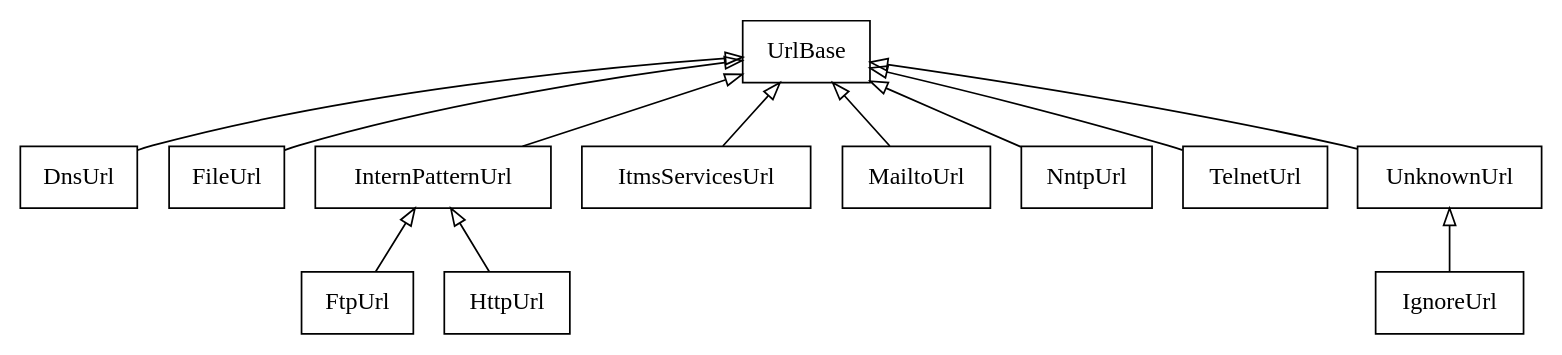
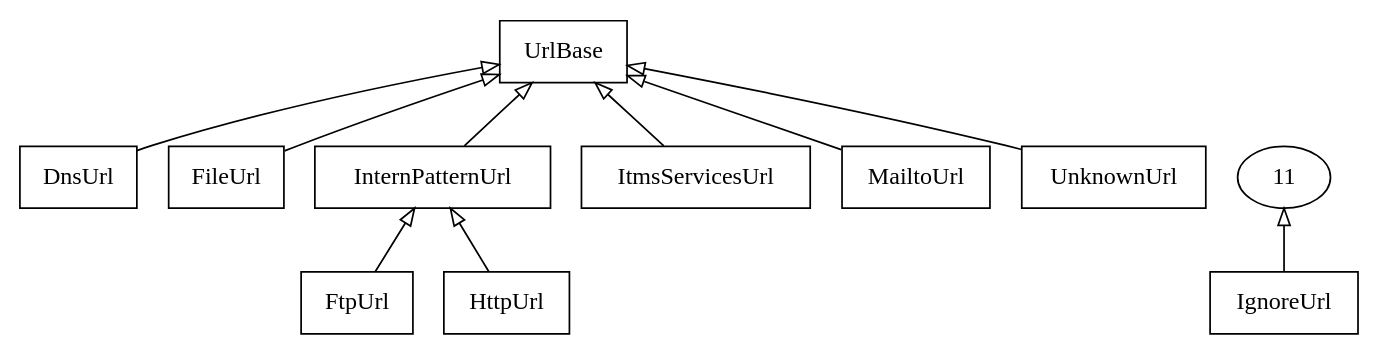
The diagram in doc/src/code/index.rst (linkchecker/linkchecker), drawn with Graphviz before and after one commit. The commit also changed 24 other files, not shown here.

First line of the commit message:
Remove support for nntp and telnet

```diff
--- a/doc/src/code/index.rst
+++ b/doc/src/code/index.rst
@@ -32,30 +32,26 @@
 .. graphviz::
    :alt: linkcheck.checker classes
 
    digraph "linkcheck.checker classes" {
    charset="utf-8"
    rankdir=BT
    "1" [label="DnsUrl", shape="record", href="../code/linkcheck/linkcheck.checker.dnsurl.html", target="_blank"];
    "2" [label="FileUrl", shape="record", href="../code/linkcheck/linkcheck.checker.fileurl.html", target="_blank"];
    "3" [label="FtpUrl", shape="record", href="../code/linkcheck/linkcheck.checker.ftpurl.html", target="_blank"];
    "4" [label="HttpUrl", shape="record", href="../code/linkcheck/linkcheck.checker.httpurl.html", target="_blank"];
    "5" [label="IgnoreUrl", shape="record", href="../code/linkcheck/linkcheck.checker.ignoreurl.html", target="_blank"];
    "6" [label="InternPatternUrl", shape="record", href="../code/linkcheck/linkcheck.checker.internpaturl.html", target="_blank"];
    "7" [label="ItmsServicesUrl", shape="record", href="../code/linkcheck/linkcheck.checker.itmsservicesurl.html", target="_blank"];
    "8" [label="MailtoUrl", shape="record", href="../code/linkcheck/linkcheck.checker.mailtourl.html", target="_blank"];
-   "9" [label="NntpUrl", shape="record", href="../code/linkcheck/linkcheck.checker.nntpurl.html", target="_blank"];
-   "10" [label="TelnetUrl", shape="record", href="../code/linkcheck/linkcheck.checker.telneturl.html", target="_blank"];
-   "11" [label="UnknownUrl", shape="record", href="../code/linkcheck/linkcheck.checker.unknownurl.html", target="_blank"];
-   "12" [label="UrlBase", shape="record", href="../code/linkcheck/linkcheck.checker.urlbase.html", target="_blank"];
-   "1" -> "12" [arrowhead="empty", arrowtail="none"];
-   "2" -> "12" [arrowhead="empty", arrowtail="none"];
+   "9" [label="UnknownUrl", shape="record", href="../code/linkcheck/linkcheck.checker.unknownurl.html", target="_blank"];
+   "10" [label="UrlBase", shape="record", href="../code/linkcheck/linkcheck.checker.urlbase.html", target="_blank"];
+   "1" -> "10" [arrowhead="empty", arrowtail="none"];
+   "2" -> "10" [arrowhead="empty", arrowtail="none"];
    "3" -> "6" [arrowhead="empty", arrowtail="none"];
    "4" -> "6" [arrowhead="empty", arrowtail="none"];
    "5" -> "11" [arrowhead="empty", arrowtail="none"];
-   "6" -> "12" [arrowhead="empty", arrowtail="none"];
-   "7" -> "12" [arrowhead="empty", arrowtail="none"];
-   "8" -> "12" [arrowhead="empty", arrowtail="none"];
-   "9" -> "12" [arrowhead="empty", arrowtail="none"];
-   "10" -> "12" [arrowhead="empty", arrowtail="none"];
-   "11" -> "12" [arrowhead="empty", arrowtail="none"];
+   "6" -> "10" [arrowhead="empty", arrowtail="none"];
+   "7" -> "10" [arrowhead="empty", arrowtail="none"];
+   "8" -> "10" [arrowhead="empty", arrowtail="none"];
+   "9" -> "10" [arrowhead="empty", arrowtail="none"];
    }
```
